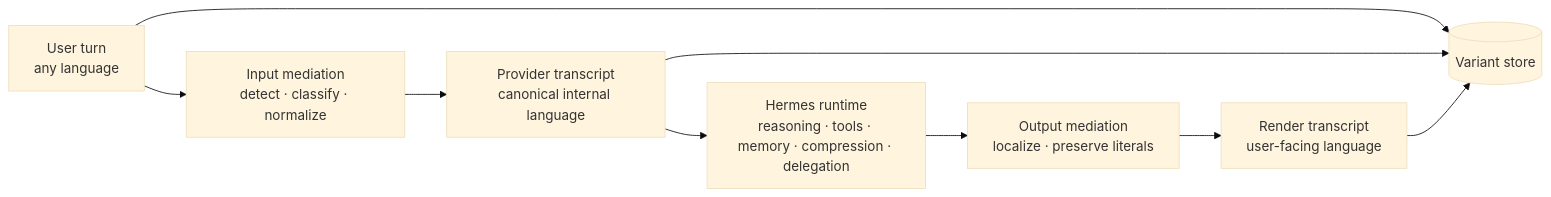
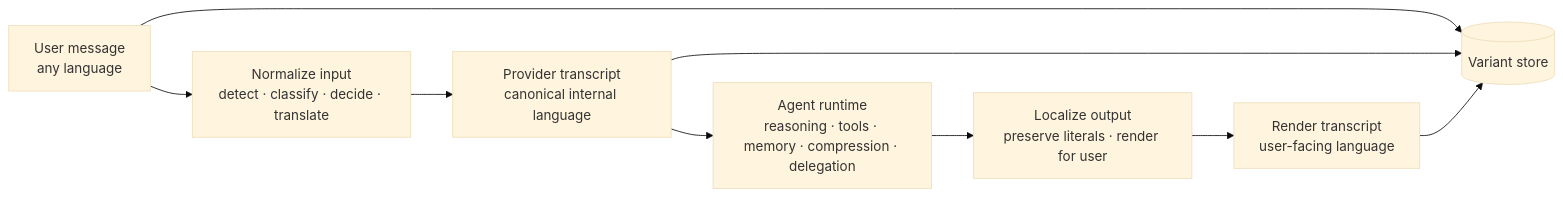
One commit to maelrx/unilang changed the diagram in README.md. Above: the diagram before and after it, drawn with Mermaid (base theme). The commit also changed other lines of this file and 21 other files, not shown here.

````diff
--- a/README.md
+++ b/README.md
@@ -103,12 +183,12 @@
 ```mermaid
 flowchart LR
-    U[User turn\nany language] --> M1[Input mediation\ndetect · classify · normalize]
-    M1 --> P[Provider transcript\ncanonical internal language]
-    P --> H[Hermes runtime\nreasoning · tools · memory · compression · delegation]
-    H --> M2[Output mediation\nlocalize · preserve literals]
-    M2 --> R[Render transcript\nuser-facing language]
+    U[User message\nany language] --> N[Normalize input\ndetect · classify · decide · translate]
+    N --> P[Provider transcript\ncanonical internal language]
+    P --> H[Agent runtime\nreasoning · tools · memory · compression · delegation]
+    H --> L[Localize output\npreserve literals · render for user]
+    L --> R[Render transcript\nuser-facing language]
 
-    U --> S[(Variant store)]
-    P --> S
-    R --> S
+    U --> V[(Variant store)]
+    P --> V
+    R --> V
 ```
````
